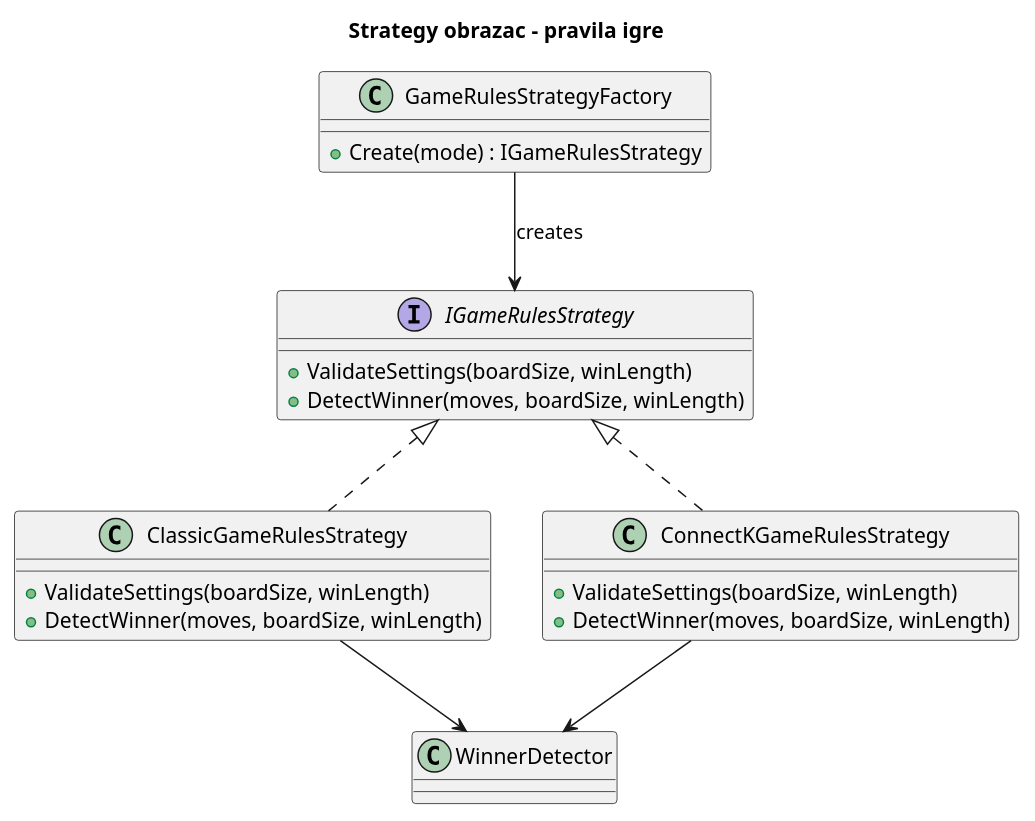
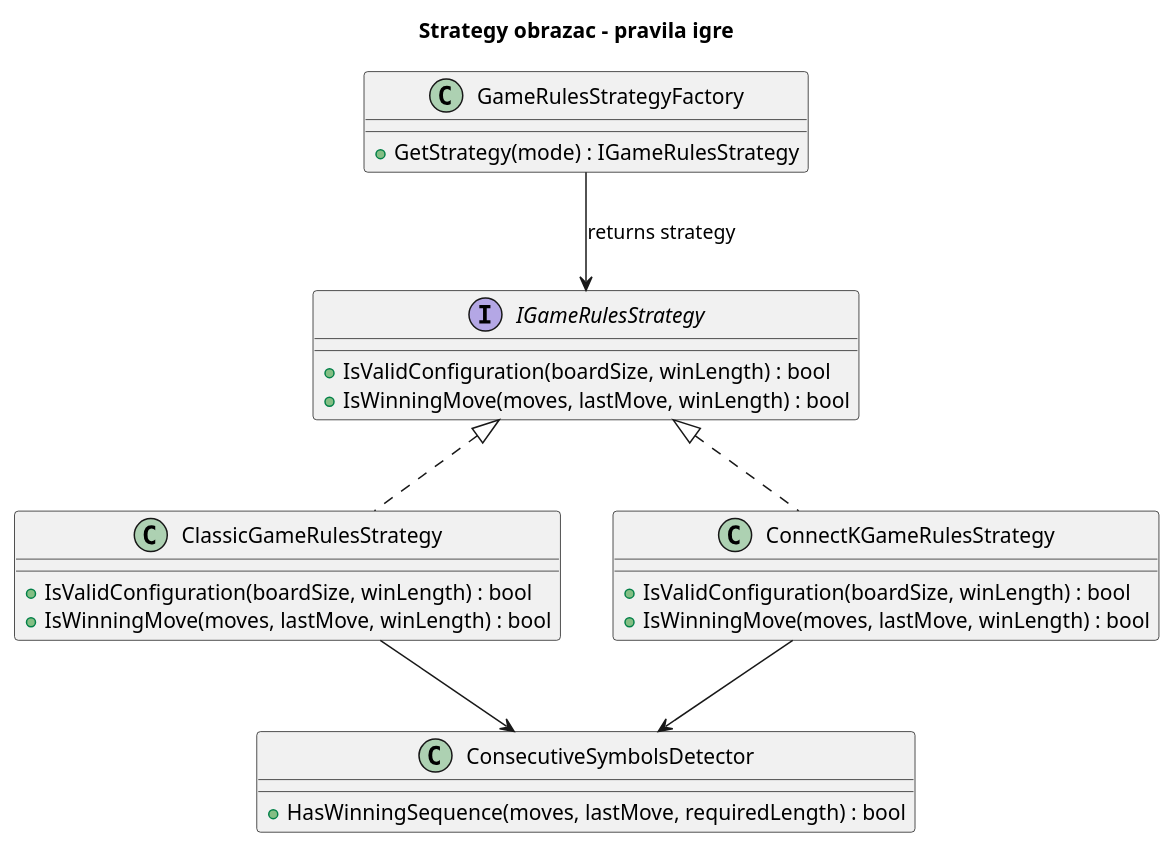
Before and after one commit to VeljkoS01/IksOks: the diagram in docs/uml/strategy.puml, drawn with PlantUML. The commit also changed 5 other files, not shown here.

```diff
--- a/docs/uml/strategy.puml
+++ b/docs/uml/strategy.puml
@@ -1,34 +1,36 @@
 @startuml
 
 title Strategy obrazac - pravila igre
 
 interface IGameRulesStrategy {
-    + ValidateSettings(boardSize, winLength)
-    + DetectWinner(moves, boardSize, winLength)
+    + IsValidConfiguration(boardSize, winLength) : bool
+    + IsWinningMove(moves, lastMove, winLength) : bool
 }
 
 class ClassicGameRulesStrategy {
-    + ValidateSettings(boardSize, winLength)
-    + DetectWinner(moves, boardSize, winLength)
+    + IsValidConfiguration(boardSize, winLength) : bool
+    + IsWinningMove(moves, lastMove, winLength) : bool
 }
 
 class ConnectKGameRulesStrategy {
-    + ValidateSettings(boardSize, winLength)
-    + DetectWinner(moves, boardSize, winLength)
+    + IsValidConfiguration(boardSize, winLength) : bool
+    + IsWinningMove(moves, lastMove, winLength) : bool
 }
 
 class GameRulesStrategyFactory {
-    + Create(mode) : IGameRulesStrategy
+    + GetStrategy(mode) : IGameRulesStrategy
 }
 
-class WinnerDetector
+class ConsecutiveSymbolsDetector {
+    + HasWinningSequence(moves, lastMove, requiredLength) : bool
+}
 
 IGameRulesStrategy <|.. ClassicGameRulesStrategy
 IGameRulesStrategy <|.. ConnectKGameRulesStrategy
 
-GameRulesStrategyFactory --> IGameRulesStrategy : creates
+GameRulesStrategyFactory --> IGameRulesStrategy : returns strategy
 
-ClassicGameRulesStrategy --> WinnerDetector
-ConnectKGameRulesStrategy --> WinnerDetector
+ClassicGameRulesStrategy --> ConsecutiveSymbolsDetector
+ConnectKGameRulesStrategy --> ConsecutiveSymbolsDetector
 
 @enduml
```
